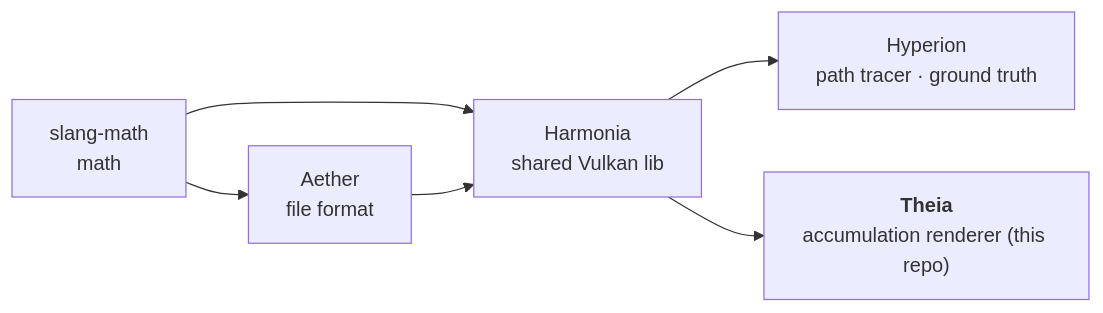
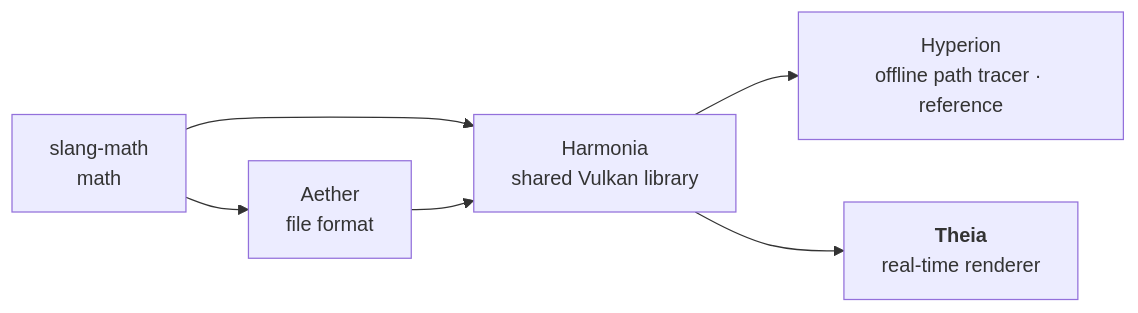
Before and after one commit to McNopper/Theia: the diagram in AGENTS.md, drawn with Mermaid. The commit also changed other lines of this file and 5 other files, not shown here.

````diff
--- a/AGENTS.md
+++ b/AGENTS.md
@@ -22,8 +16,8 @@
 ```mermaid
 flowchart LR
     SM["slang-math<br/>math"] --> A["Aether<br/>file format"]
     SM --> H
-    A --> H["Harmonia<br/>shared Vulkan lib"]
-    H --> Hy["Hyperion<br/>path tracer · ground truth"]
-    H --> T["<b>Theia</b><br/>accumulation renderer (this repo)"]
+    A --> H["Harmonia<br/>shared Vulkan library"]
+    H --> Hy["Hyperion<br/>offline path tracer · reference"]
+    H --> T["<b>Theia</b><br/>real-time renderer"]
 ```
````
